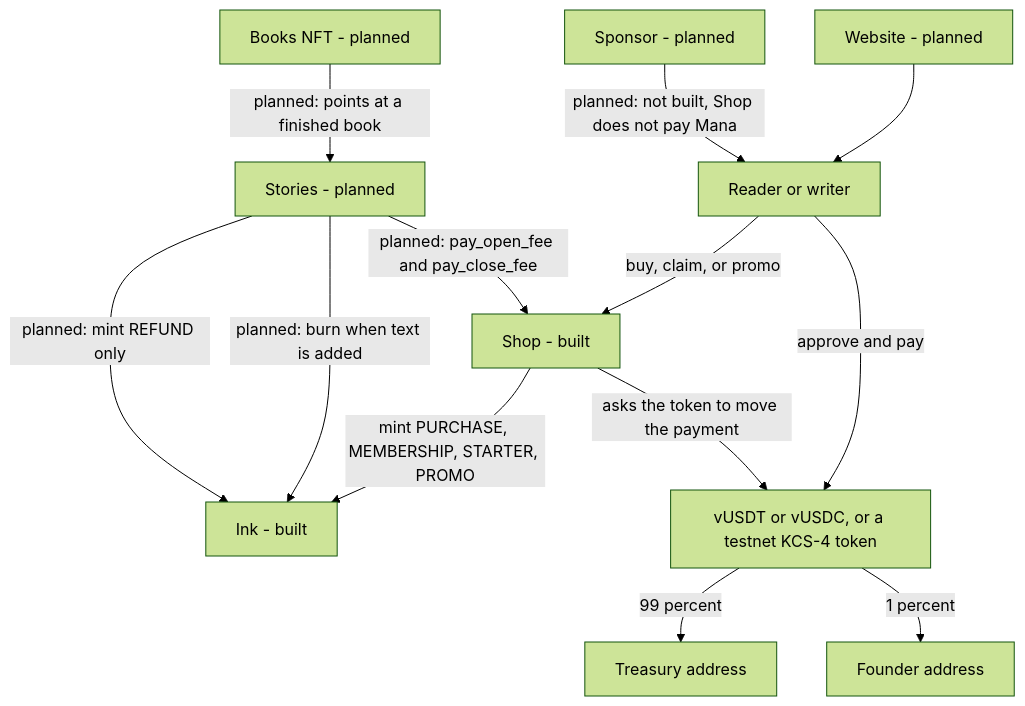
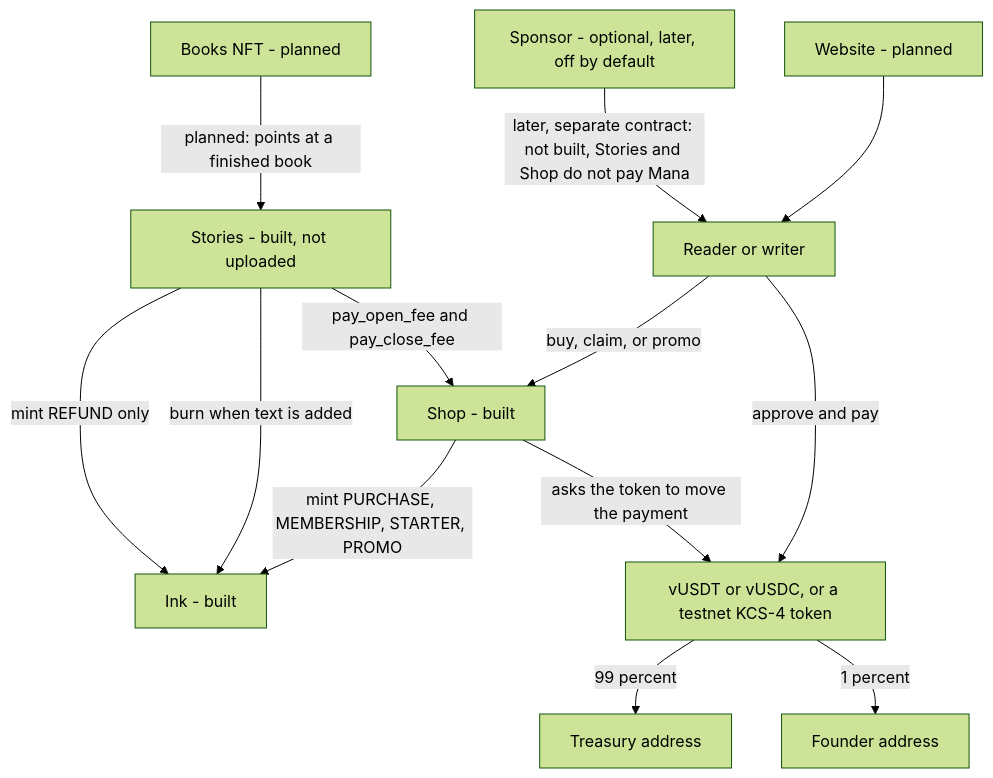
One commit to bawcejawn/Swarmtales changed the diagram in README.md. Above: the diagram before and after it, drawn with Mermaid (forest theme). The commit also changed other lines of this file and 51 other files, not shown here.

Commit message:
Add Stories contract, Step 13 deploy guide, and current testnet addresses

````diff
--- a/README.md
+++ b/README.md
@@ -81,26 +82,26 @@
 ```mermaid
 flowchart TD
   person[Reader or writer]
   site[Website - planned]
   shop[Shop - built]
   ink[Ink - built]
-  stories[Stories - planned]
-  sponsor[Sponsor - planned]
+  stories[Stories - built, not uploaded]
+  sponsor[Sponsor - optional, later, off by default]
   nft[Books NFT - planned]
   token[vUSDT or vUSDC, or a testnet KCS-4 token]
   treasury[Treasury address]
   founder[Founder address]
 
   site --> person
   person -->|approve and pay| token
   person -->|buy, claim, or promo| shop
   token -->|99 percent| treasury
   token -->|1 percent| founder
   shop -->|asks the token to move the payment| token
   shop -->|mint PURCHASE, MEMBERSHIP, STARTER, PROMO| ink
-  stories -->|planned: pay_open_fee and pay_close_fee| shop
-  stories -->|planned: burn when text is added| ink
-  stories -->|planned: mint REFUND only| ink
+  stories -->|pay_open_fee and pay_close_fee| shop
+  stories -->|burn when text is added| ink
+  stories -->|mint REFUND only| ink
   nft -->|planned: points at a finished book| stories
-  sponsor -->|planned: not built, Shop does not pay Mana| person
+  sponsor -->|later, separate contract: not built, Stories and Shop do not pay Mana| person
 ```
````
